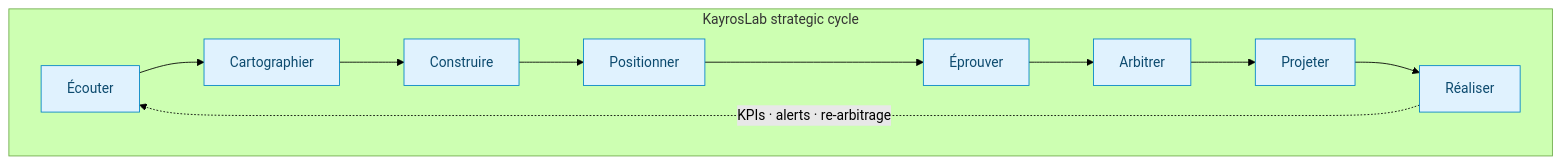
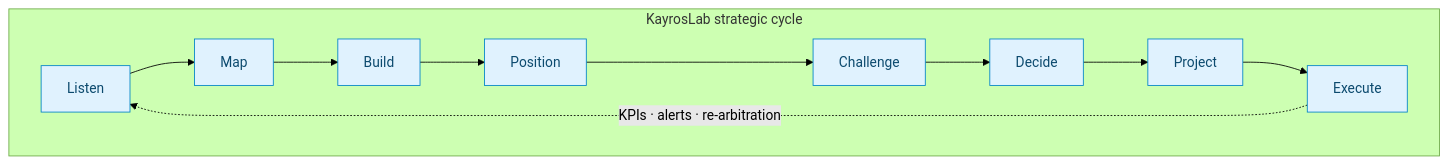
One commit to Geoking2104/KayrosLab changed the first of 6 diagrams in README.md. Above: the diagram before and after it, drawn with Mermaid (forest theme). The commit also changed other lines of this file, not shown here.

````diff
--- a/README.md
+++ b/README.md
@@ -22,17 +24,17 @@
 ```mermaid
 flowchart LR
   subgraph CYCLE["KayrosLab strategic cycle"]
     direction LR
-    A[Écouter] --> B[Cartographier]
-    B --> C[Construire]
-    C --> D[Positionner]
-    D --> E[Éprouver]
-    E --> F[Arbitrer]
-    F --> G[Projeter]
-    G --> H[Réaliser]
+    A[Listen] --> B[Map]
+    B --> C[Build]
+    C --> D[Position]
+    D --> E[Challenge]
+    E --> F[Decide]
+    F --> G[Project]
+    G --> H[Execute]
   end
-  H -.->|KPIs · alerts · re-arbitrage| A
+  H -.->|KPIs · alerts · re-arbitration| A
 
   classDef step fill:#e0f2fe,stroke:#0284c7,color:#0c4a6e
   class A,B,C,D,E,F,G,H step
 ```
````
